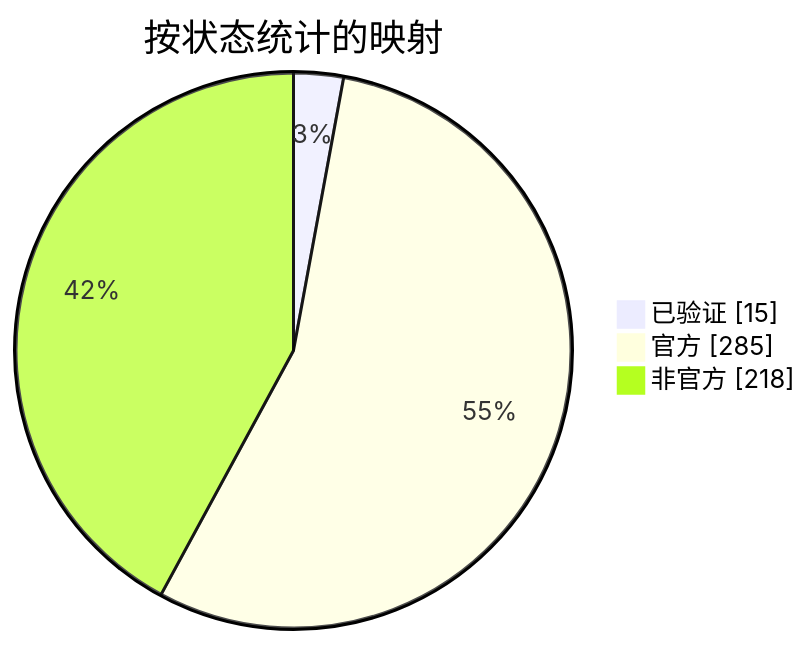
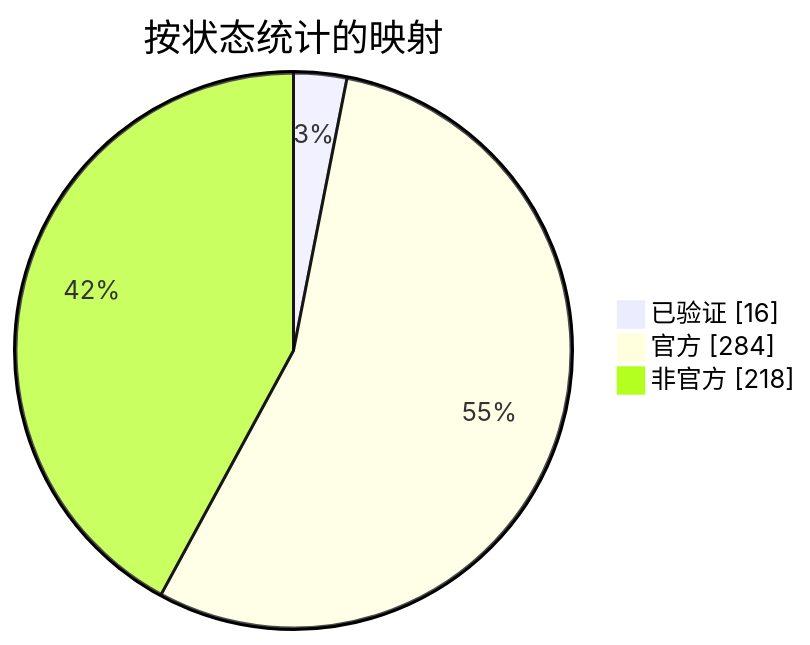
The diagram in docs/readme/README_ZHS.md (nobrega8/mbmap-library), drawn with Mermaid before and after one commit. The commit also changed 13 other files, not shown here.

````diff
--- a/docs/readme/README_ZHS.md
+++ b/docs/readme/README_ZHS.md
@@ -54,7 +54,7 @@
 ```mermaid
 pie showData
     title 按状态统计的映射
-    "已验证" : 15
-    "官方" : 285
+    "已验证" : 16
+    "官方" : 284
     "非官方" : 218
 ```
````
